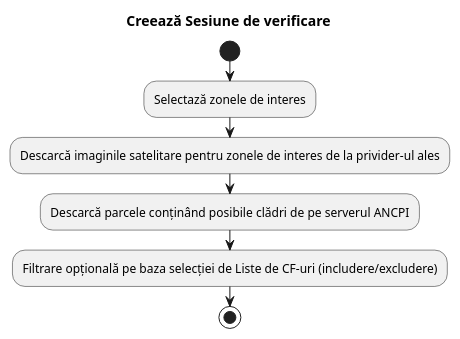
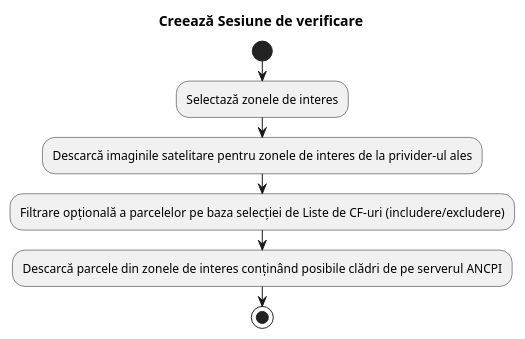
Before and after one commit to KMX-Systems/uat: the diagram in sesiune_verificare_creeaza.puml, drawn with PlantUML. The commit also changed 7 other files, not shown here.

```diff
--- a/sesiune_verificare_creeaza.puml
+++ b/sesiune_verificare_creeaza.puml
@@ -1,12 +1,12 @@
 @startuml
 title Creează Sesiune de verificare
 start
 :Selectază zonele de interes;
 ->
 :Descarcă imaginile satelitare pentru zonele de interes de la privider-ul ales;
 ->
-:Descarcă parcele conținând posibile clădri de pe serverul ANCPI;
+:Filtrare opțională a parcelelor pe baza selecției de Liste de CF-uri (includere/excludere);
 ->
-:Filtrare opțională pe baza selecției de Liste de CF-uri (includere/excludere);
+:Descarcă parcele din zonele de interes conținând posibile clădri de pe serverul ANCPI;
 stop
 @enduml
```
